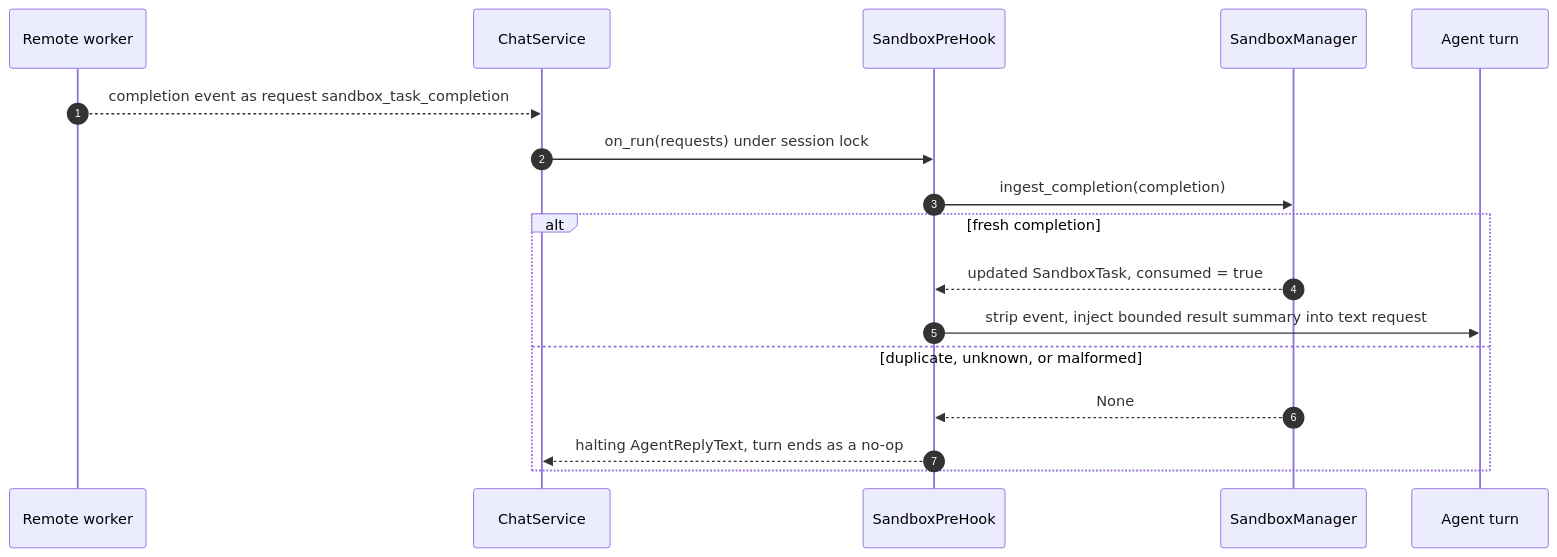
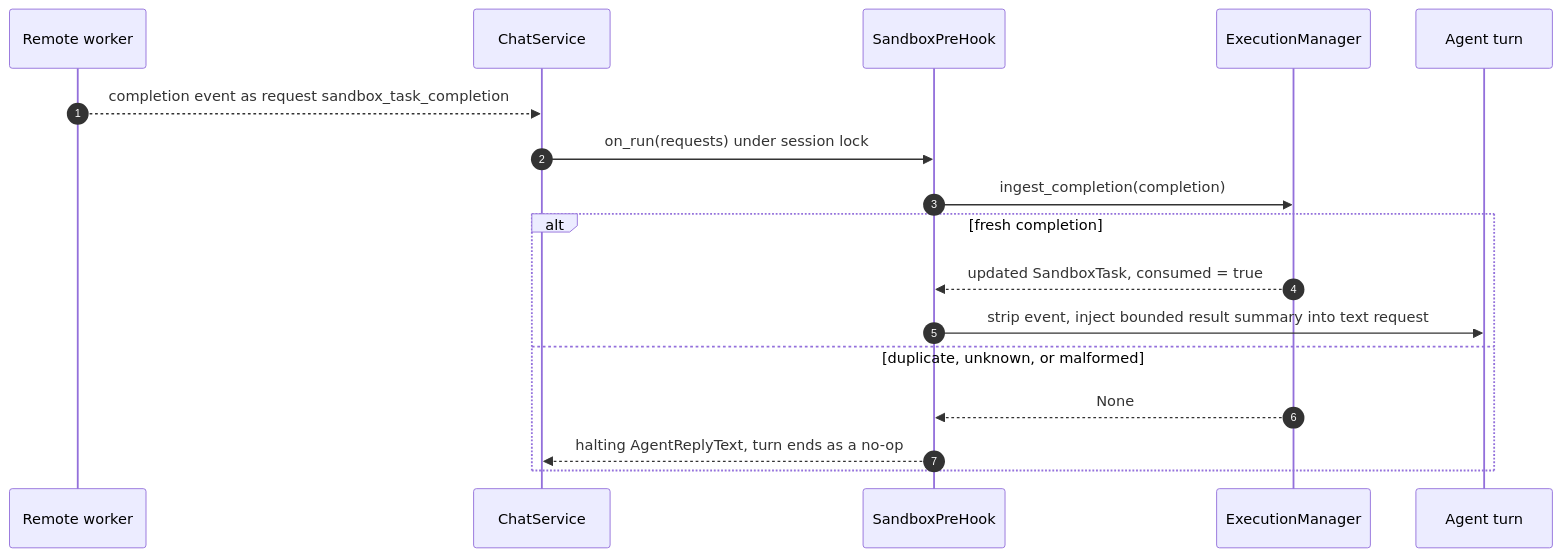
Before and after one commit to yaalalabs/agent-kernel: the seventh of 9 diagrams in docs/docs/architecture/sandbox-internals.md, drawn with Mermaid. The commit also changed other lines of this file and 27 other files, not shown here.

First line of the commit message:
refactor: rename SandboxManager to ExecutionManager and related classes for clarity

````diff
--- a/docs/docs/architecture/sandbox-internals.md
+++ b/docs/docs/architecture/sandbox-internals.md
@@ -371,20 +407,20 @@
 ```mermaid
 sequenceDiagram
     autonumber
     participant W as Remote worker
     participant Chat as ChatService
     participant Hook as SandboxPreHook
-    participant Mgr as SandboxManager
+    participant Mgr as ExecutionManager
     participant LLM as Agent turn
 
     W-->>Chat: completion event as request sandbox_task_completion
     Chat->>Hook: on_run(requests) under session lock
     Hook->>Mgr: ingest_completion(completion)
     alt fresh completion
         Mgr-->>Hook: updated SandboxTask, consumed = true
         Hook->>LLM: strip event, inject bounded result summary into text request
     else duplicate, unknown, or malformed
         Mgr-->>Hook: None
         Hook-->>Chat: halting AgentReplyText, turn ends as a no-op
     end
 ```
````
